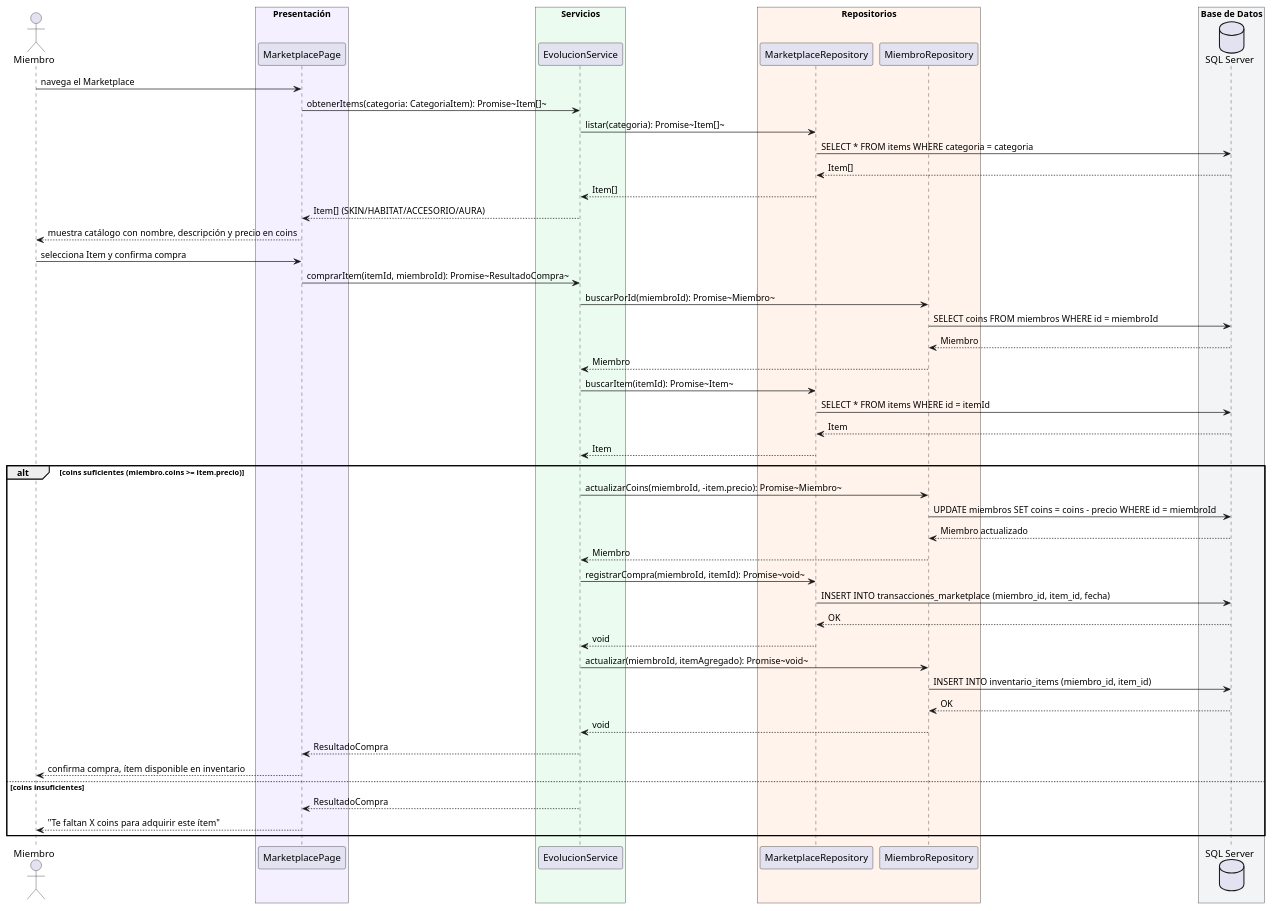
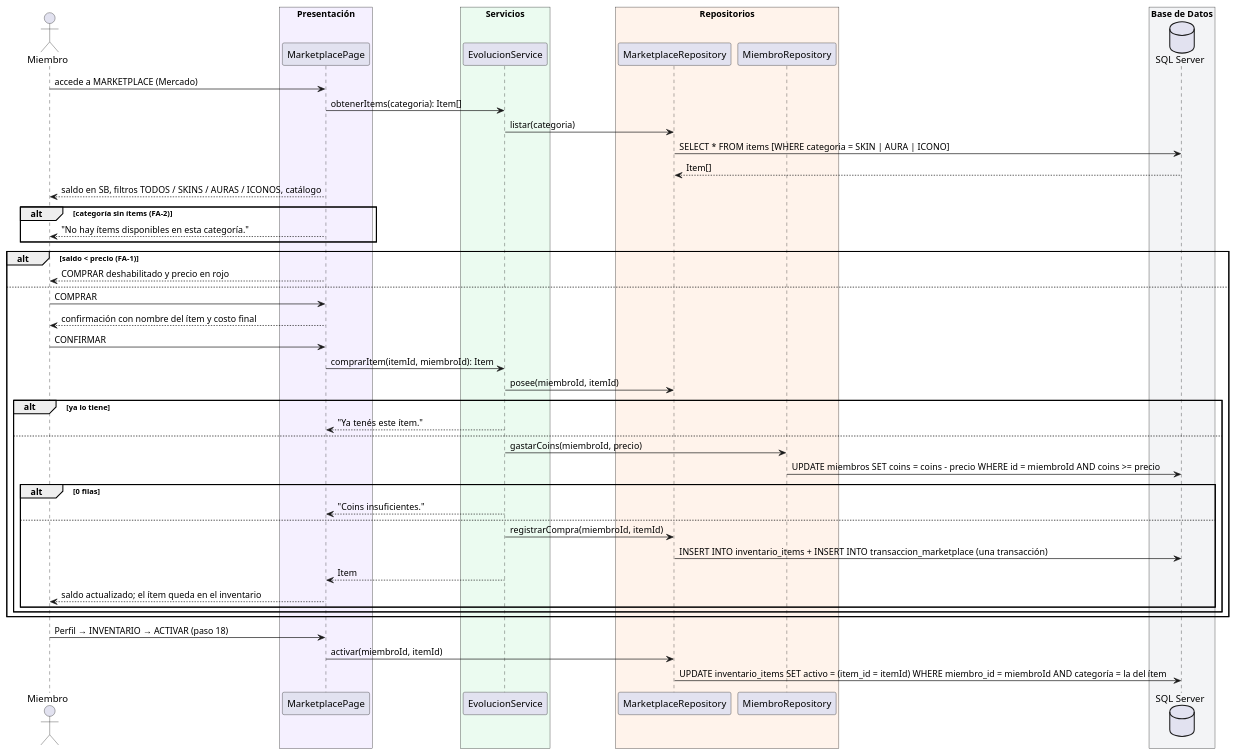
One commit to nicolassepulveda13/SAP changed the eighth of 8 diagrams in silverback/docs/secuencias-cu003-cu004.md. Above: the diagram before and after it, drawn with PlantUML. The commit also changed other lines of this file and 82 other files, not shown here.

````diff
--- a/silverback/docs/secuencias-cu003-cu004.md
+++ b/silverback/docs/secuencias-cu003-cu004.md
@@ -485,64 +510,60 @@
 ```plantuml
 @startuml CU-004-004
 
 actor Miembro
 
 box "Presentación" #F5F0FF
   participant "MarketplacePage" as Page
 end box
 
 box "Servicios" #EBFBF0
   participant "EvolucionService" as Svc
 end box
 
 box "Repositorios" #FFF3EB
   participant "MarketplaceRepository" as MktRepo
   participant "MiembroRepository" as MiembroRepo
 end box
 
 box "Base de Datos" #F3F4F6
   database "SQL Server" as DB
 end box
 
-Miembro -> Page: navega el Marketplace
-Page -> Svc: obtenerItems(categoria: CategoriaItem): Promise~Item[]~
-Svc -> MktRepo: listar(categoria): Promise~Item[]~
-MktRepo -> DB: SELECT * FROM items WHERE categoria = categoria
+Miembro -> Page: accede a MARKETPLACE (Mercado)
+Page -> Svc: obtenerItems(categoria): Item[]
+Svc -> MktRepo: listar(categoria)
+MktRepo -> DB: SELECT * FROM items [WHERE categoria = SKIN | AURA | ICONO]
 DB --> MktRepo: Item[]
-MktRepo --> Svc: Item[]
-Svc --> Page: Item[] (SKIN/HABITAT/ACCESORIO/AURA)
-Page --> Miembro: muestra catálogo con nombre, descripción y precio en coins
-
-Miembro -> Page: selecciona Item y confirma compra
-Page -> Svc: comprarItem(itemId, miembroId): Promise~ResultadoCompra~
-Svc -> MiembroRepo: buscarPorId(miembroId): Promise~Miembro~
-MiembroRepo -> DB: SELECT coins FROM miembros WHERE id = miembroId
-DB --> MiembroRepo: Miembro
-MiembroRepo --> Svc: Miembro
-Svc -> MktRepo: buscarItem(itemId): Promise~Item~
-MktRepo -> DB: SELECT * FROM items WHERE id = itemId
-DB --> MktRepo: Item
-MktRepo --> Svc: Item
-
-alt coins suficientes (miembro.coins >= item.precio)
-    Svc -> MiembroRepo: actualizarCoins(miembroId, -item.precio): Promise~Miembro~
-    MiembroRepo -> DB: UPDATE miembros SET coins = coins - precio WHERE id = miembroId
-    DB --> MiembroRepo: Miembro actualizado
-    MiembroRepo --> Svc: Miembro
-    Svc -> MktRepo: registrarCompra(miembroId, itemId): Promise~void~
-    MktRepo -> DB: INSERT INTO transacciones_marketplace (miembro_id, item_id, fecha)
-    DB --> MktRepo: OK
-    MktRepo --> Svc: void
-    Svc -> MiembroRepo: actualizar(miembroId, itemAgregado): Promise~void~
-    MiembroRepo -> DB: INSERT INTO inventario_items (miembro_id, item_id)
-    DB --> MiembroRepo: OK
-    MiembroRepo --> Svc: void
-    Svc --> Page: ResultadoCompra
-    Page --> Miembro: confirma compra, ítem disponible en inventario
-else coins insuficientes
-    Svc --> Page: ResultadoCompra
-    Page --> Miembro: "Te faltan X coins para adquirir este ítem"
+Page --> Miembro: saldo en SB, filtros TODOS / SKINS / AURAS / ICONOS, catálogo
+alt categoría sin ítems (FA-2)
+    Page --> Miembro: "No hay ítems disponibles en esta categoría."
 end
+alt saldo < precio (FA-1)
+    Page --> Miembro: COMPRAR deshabilitado y precio en rojo
+else
+    Miembro -> Page: COMPRAR
+    Page --> Miembro: confirmación con nombre del ítem y costo final
+    Miembro -> Page: CONFIRMAR
+    Page -> Svc: comprarItem(itemId, miembroId): Item
+    Svc -> MktRepo: posee(miembroId, itemId)
+    alt ya lo tiene
+        Svc --> Page: "Ya tenés este ítem."
+    else
+        Svc -> MiembroRepo: gastarCoins(miembroId, precio)
+        MiembroRepo -> DB: UPDATE miembros SET coins = coins - precio WHERE id = miembroId AND coins >= precio
+        alt 0 filas
+            Svc --> Page: "Coins insuficientes."
+        else
+            Svc -> MktRepo: registrarCompra(miembroId, itemId)
+            MktRepo -> DB: INSERT INTO inventario_items + INSERT INTO transaccion_marketplace (una transacción)
+            Svc --> Page: Item
+            Page --> Miembro: saldo actualizado; el ítem queda en el inventario
+        end
+    end
+end
+Miembro -> Page: Perfil → INVENTARIO → ACTIVAR (paso 18)
+Page -> MktRepo: activar(miembroId, itemId)
+MktRepo -> DB: UPDATE inventario_items SET activo = (item_id = itemId) WHERE miembro_id = miembroId AND categoría = la del ítem
 
 @enduml
 ```
````
